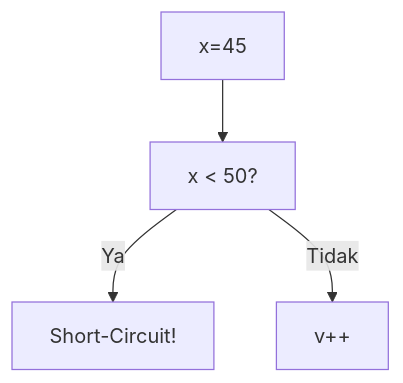
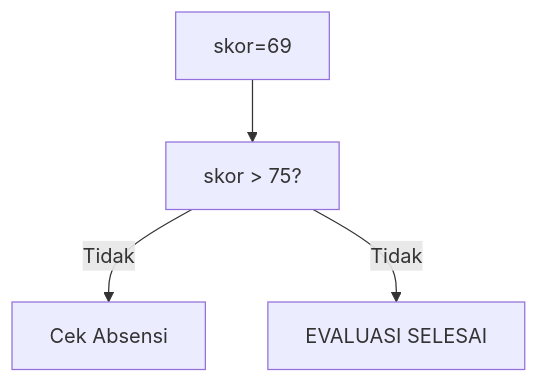
Before and after one commit to amnahwaida/OSNK_INF_PREP: diagram 11 of 25 in part-c-pemahaman-cpp/02-percabangan/latihan/set-07.md, drawn with Mermaid. The commit also changed other lines of this file and 71 other files, not shown here.

````diff
--- a/part-c-pemahaman-cpp/02-percabangan/latihan/set-07.md
+++ b/part-c-pemahaman-cpp/02-percabangan/latihan/set-07.md
@@ -303,6 +319,6 @@
 ```mermaid
 graph TD
-A["x=45"] --> B["x < 50?"]
-B -- Ya --> C["Short-Circuit!"]
-B -- Tidak --> D["v++"]
+A["skor=69"] --> B["skor > 75?"]
+B -- Tidak --> C["Cek Absensi"]
+B -- Tidak --> D["EVALUASI SELESAI"]
 ```
````
